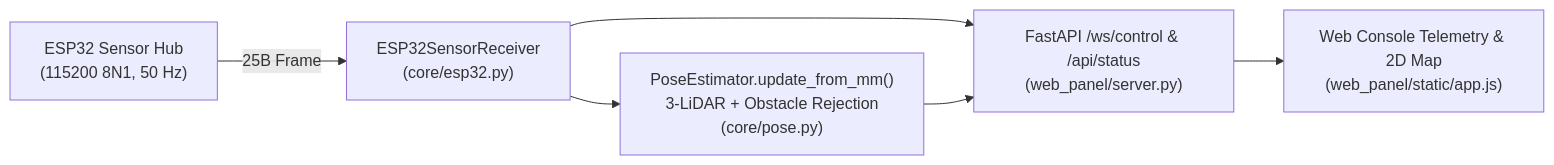
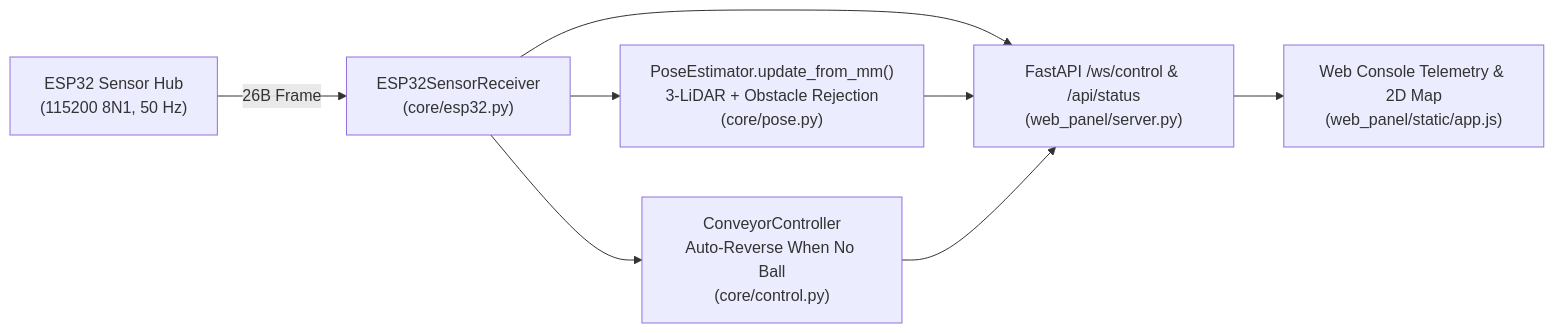
Before and after one commit to Alllen95Wei/TELBot-Host: the diagram in ESP32.md, drawn with Mermaid. The commit also changed other lines of this file and 11 other files, not shown here.

Commit message:
feat: added ESP32 IR sensor and auto reverse for spinner

````diff
--- a/ESP32.md
+++ b/ESP32.md
@@ -35,8 +36,10 @@
 ```mermaid
 flowchart LR
-    ESP32["ESP32 Sensor Hub\n(115200 8N1, 50 Hz)"] -- "25B Frame\n<hhhIII + CRC8" --> RX["ESP32SensorReceiver\n(core/esp32.py)"]
+    ESP32["ESP32 Sensor Hub\n(115200 8N1, 50 Hz)"] -- "26B Frame\n<hhhIIIB + CRC8" --> RX["ESP32SensorReceiver\n(core/esp32.py)"]
     RX --> Pose["PoseEstimator.update_from_mm()\n3-LiDAR + Obstacle Rejection\n(core/pose.py)"]
+    RX --> Conveyor["ConveyorController\nAuto-Reverse When No Ball\n(core/control.py)"]
     RX --> Server["FastAPI /ws/control & /api/status\n(web_panel/server.py)"]
     Pose --> Server
+    Conveyor --> Server
     Server --> UI["Web Console Telemetry & 2D Map\n(web_panel/static/app.js)"]
 ```
````
